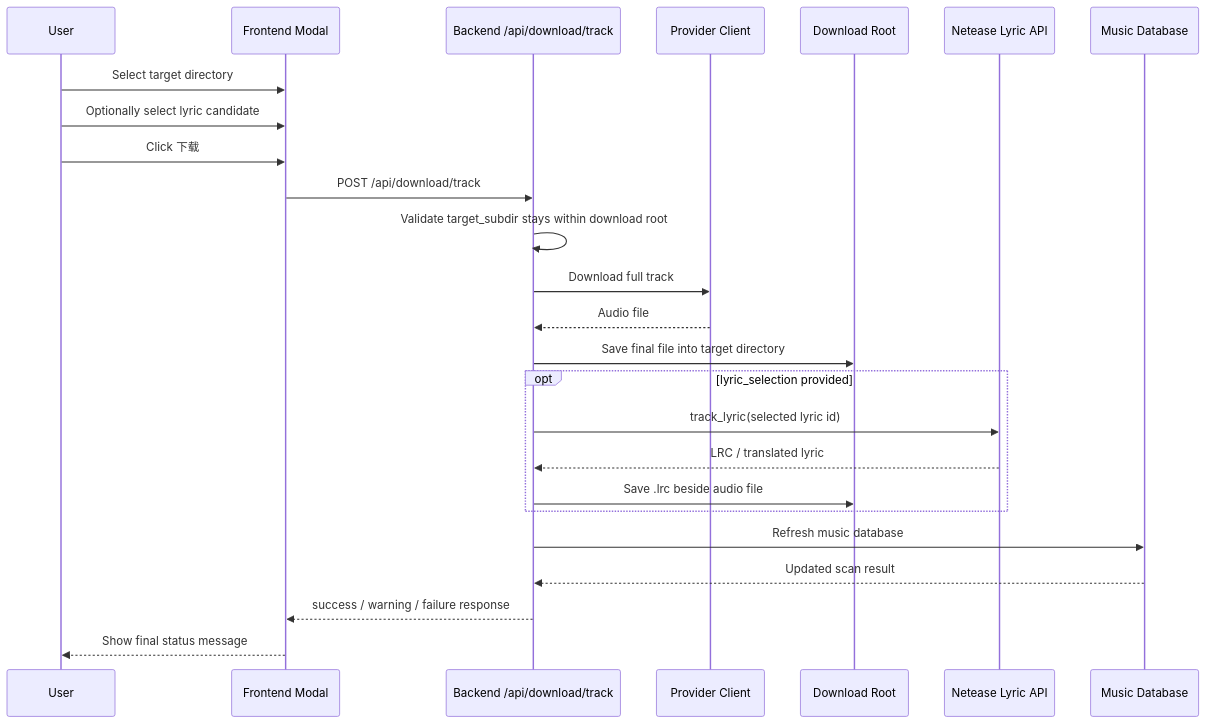
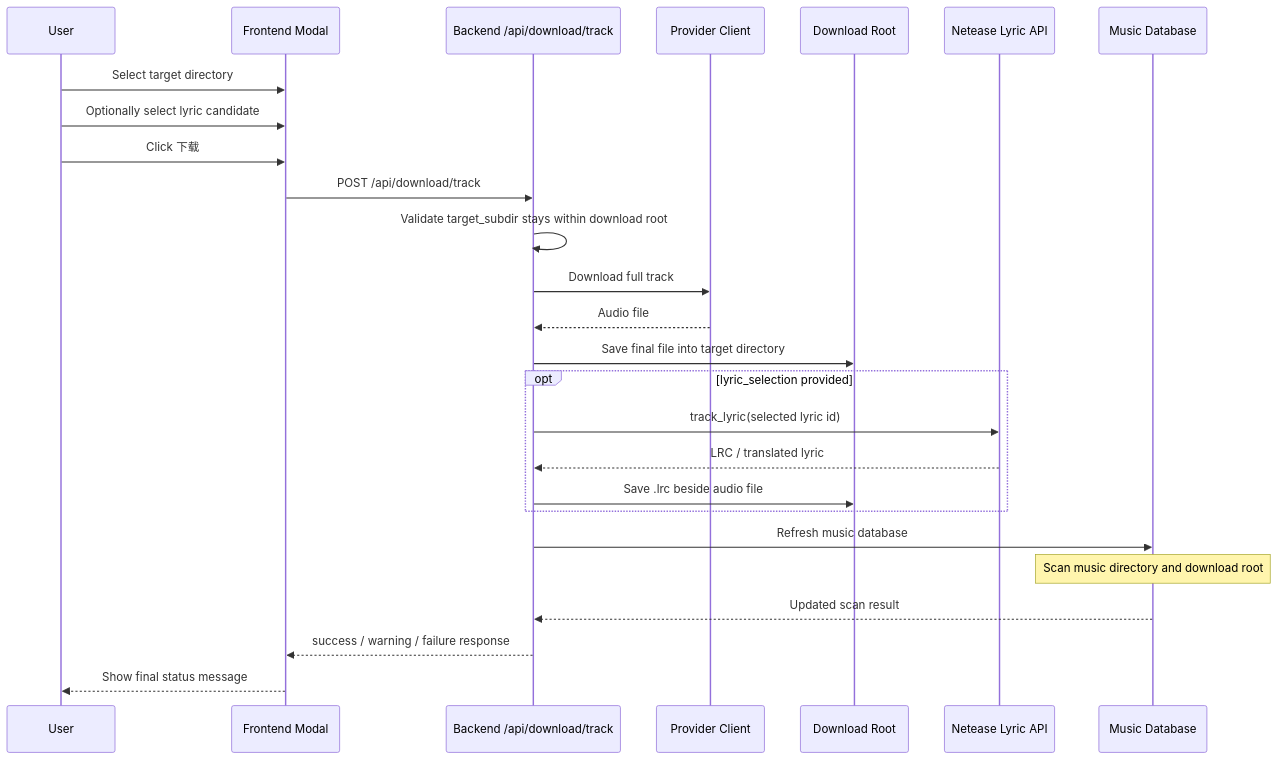
The fourth of 5 diagrams in docs/online-search-download.md (Afeather2017/Kaulan), drawn with Mermaid before and after one commit. The commit also changed other lines of this file and 13 other files, not shown here.

````diff
--- a/docs/online-search-download.md
+++ b/docs/online-search-download.md
@@ -262,28 +264,29 @@
 ```mermaid
 sequenceDiagram
     participant User
     participant FE as Frontend Modal
     participant BE as Backend /api/download/track
     participant Provider as Provider Client
     participant FS as Download Root
     participant Lyrics as Netease Lyric API
     participant DB as Music Database
 
     User->>FE: Select target directory
     User->>FE: Optionally select lyric candidate
     User->>FE: Click 下载
     FE->>BE: POST /api/download/track
     BE->>BE: Validate target_subdir stays within download root
     BE->>Provider: Download full track
     Provider-->>BE: Audio file
     BE->>FS: Save final file into target directory
     opt lyric_selection provided
         BE->>Lyrics: track_lyric(selected lyric id)
         Lyrics-->>BE: LRC / translated lyric
         BE->>FS: Save .lrc beside audio file
     end
     BE->>DB: Refresh music database
+    Note over DB: Scan music directory and download root
     DB-->>BE: Updated scan result
     BE-->>FE: success / warning / failure response
     FE-->>User: Show final status message
 ```
````
